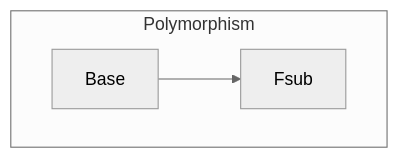
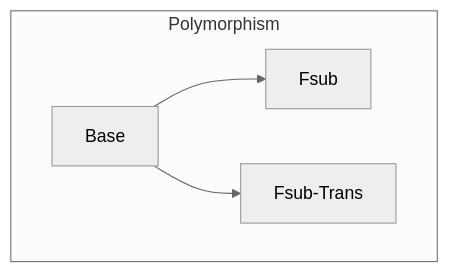
The diagram in polymorphism/README.md (TiarkRompf/reachability), drawn with Mermaid (neutral theme) before and after one commit. The commit also changed other lines of this file and 13 other files, not shown here.

````diff
--- a/polymorphism/README.md
+++ b/polymorphism/README.md
@@ -10,8 +11,10 @@
 ```mermaid
 graph TD
     subgraph poly[Polymorphism]
       Base
       Fsub
+	  Fsub-Trans
     end
     Base-->Fsub
+	Base-->Fsub-Trans
 ```
````
